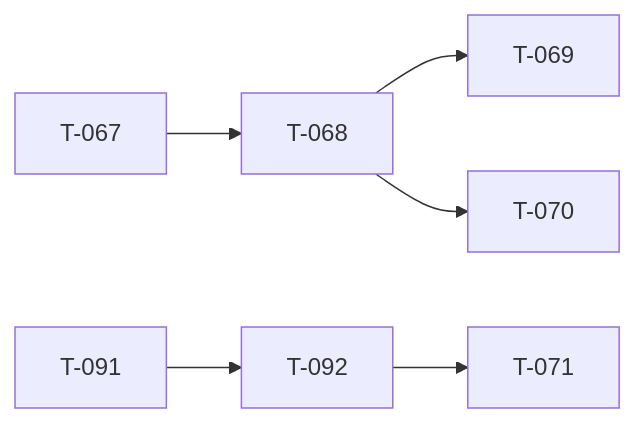
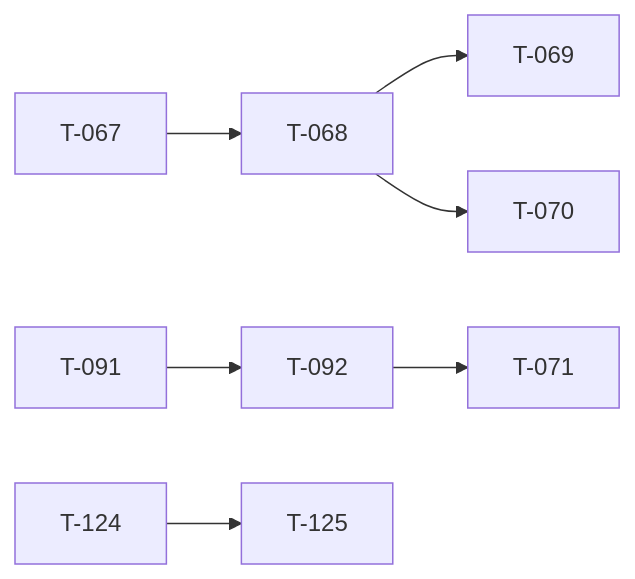
The diagram in docs/TICKET_LEAD.md (darkforce09/TBD-reforger), drawn with Mermaid before and after one commit. The commit also changed other lines of this file and 13 other files, not shown here.

````diff
--- a/docs/TICKET_LEAD.md
+++ b/docs/TICKET_LEAD.md
@@ -30,8 +31,9 @@
 ```mermaid
 flowchart LR
   T067[T-067] --> T068[T-068]
   T068[T-068] --> T069[T-069]
   T068[T-068] --> T070[T-070]
   T092[T-092] --> T071[T-071]
   T091[T-091] --> T092[T-092]
+  T124[T-124] --> T125[T-125]
 ```
````
